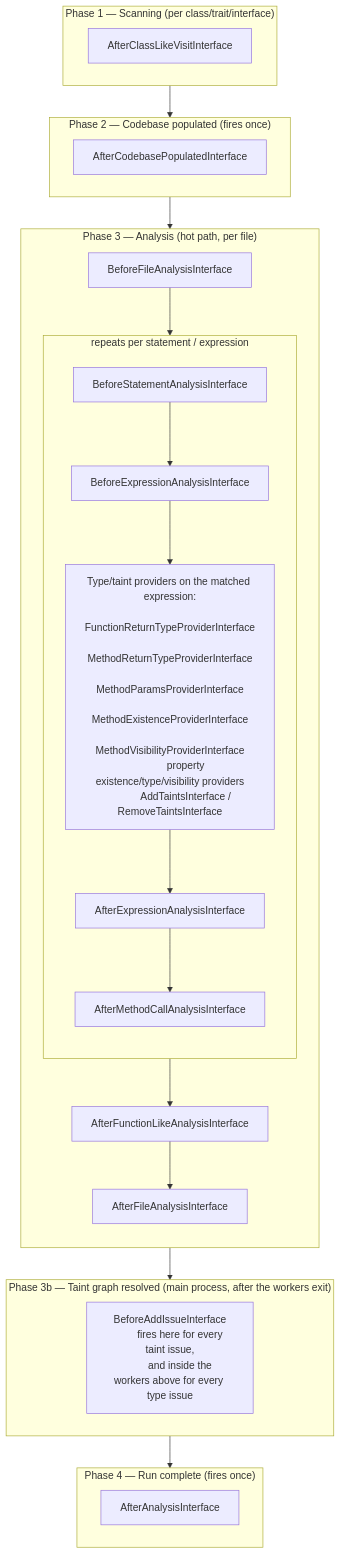
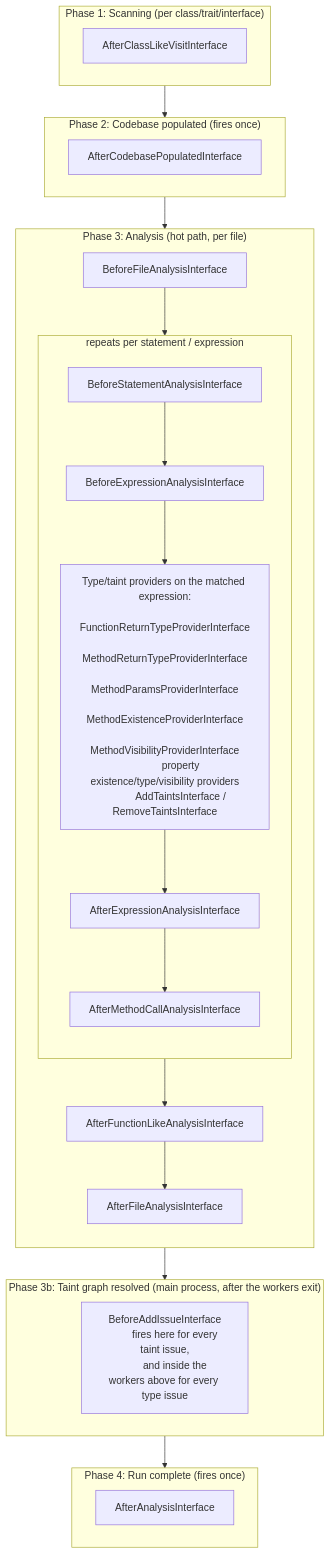
The second of 2 diagrams in docs/contributing/README.md (psalm/psalm-plugin-laravel), drawn with Mermaid before and after one commit. The commit also changed other lines of this file and 8 other files, not shown here.

````diff
--- a/docs/contributing/README.md
+++ b/docs/contributing/README.md
@@ -347,45 +235,45 @@
 ```mermaid
 flowchart TD
-    subgraph P1["Phase 1 — Scanning (per class/trait/interface)"]
+    subgraph P1["Phase 1: Scanning (per class/trait/interface)"]
         A1["AfterClassLikeVisitInterface"]
     end
 
-    subgraph P2["Phase 2 — Codebase populated (fires once)"]
+    subgraph P2["Phase 2: Codebase populated (fires once)"]
         B1["AfterCodebasePopulatedInterface"]
     end
 
-    subgraph P3["Phase 3 — Analysis (hot path, per file)"]
+    subgraph P3["Phase 3: Analysis (hot path, per file)"]
         direction TB
         C1["BeforeFileAnalysisInterface"] --> C2
 
         subgraph LOOP["repeats per statement / expression"]
             direction TB
             C2["BeforeStatementAnalysisInterface"] --> C3["BeforeExpressionAnalysisInterface"]
             C3 --> C4["Type/taint providers on the matched expression:
             FunctionReturnTypeProviderInterface
             MethodReturnTypeProviderInterface
             MethodParamsProviderInterface
             MethodExistenceProviderInterface
             MethodVisibilityProviderInterface
             property existence/type/visibility providers
             AddTaintsInterface / RemoveTaintsInterface"]
             C4 --> C5["AfterExpressionAnalysisInterface"]
             C5 --> C6["AfterMethodCallAnalysisInterface"]
         end
 
         C6 --> C7["AfterFunctionLikeAnalysisInterface"]
         C7 --> C8["AfterFileAnalysisInterface"]
     end
 
-    subgraph P3B["Phase 3b — Taint graph resolved (main process, after the workers exit)"]
+    subgraph P3B["Phase 3b: Taint graph resolved (main process, after the workers exit)"]
         E1["BeforeAddIssueInterface
         fires here for every taint issue,
         and inside the workers above for every type issue"]
     end
 
-    subgraph P4["Phase 4 — Run complete (fires once)"]
+    subgraph P4["Phase 4: Run complete (fires once)"]
         D1["AfterAnalysisInterface"]
     end
 
     P1 --> P2 --> P3 --> P3B --> P4
 ```
````
